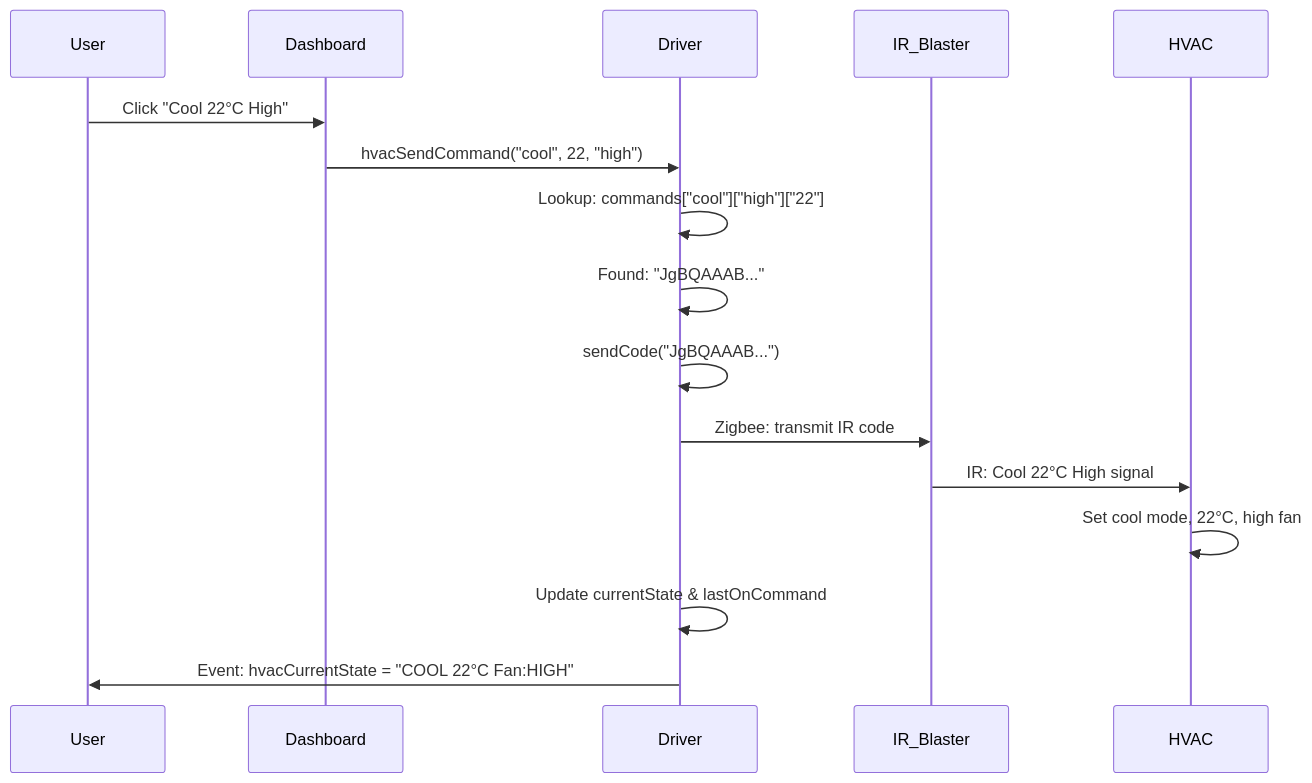
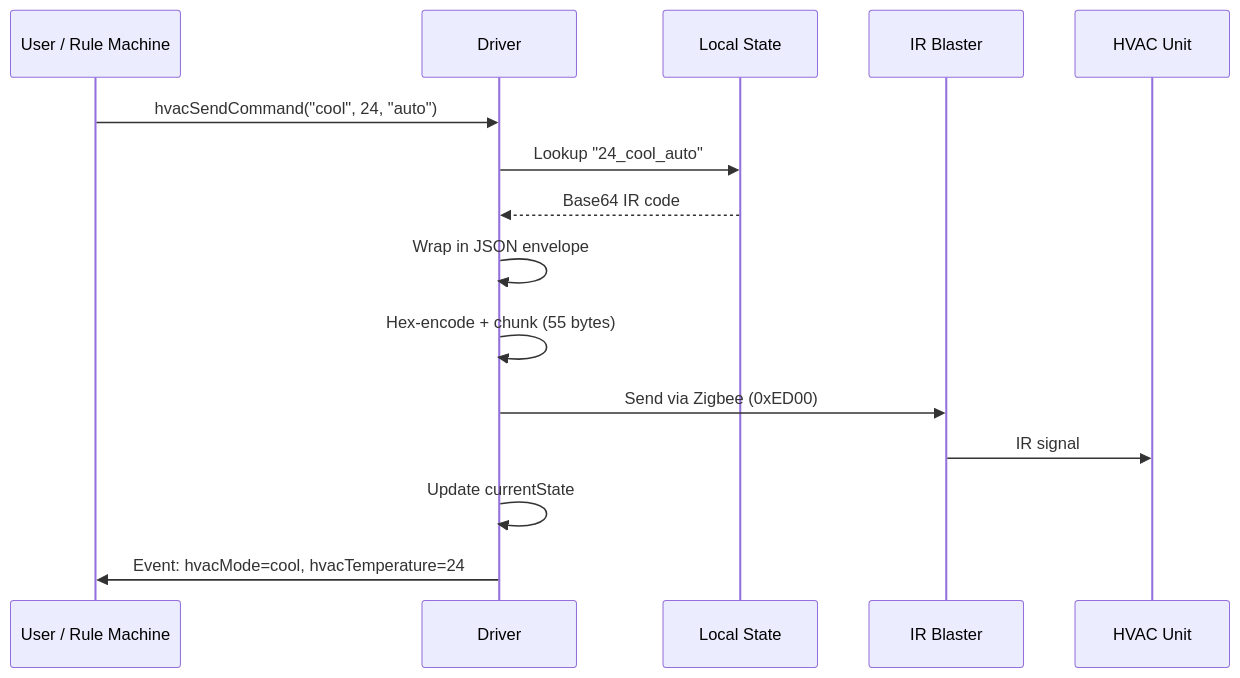
The seventh of 8 diagrams in ARCHITECTURE.md (lastmyle/hubitat-tuya-zigbee-ir), drawn with Mermaid before and after one commit. The commit also changed other lines of this file and 2 other files, not shown here.

First line of the commit message:
docs: rewrite README, ARCHITECTURE, and SECURITY documentation

````diff
--- a/ARCHITECTURE.md
+++ b/ARCHITECTURE.md
@@ -266,19 +210,18 @@
 ```mermaid
 sequenceDiagram
-    participant User
-    participant Dashboard
-    participant Driver
-    participant IR_Blaster
-    participant HVAC
+    participant U as User / Rule Machine
+    participant D as Driver
+    participant S as Local State
+    participant B as IR Blaster
+    participant H as HVAC Unit
 
-    User->>Dashboard: Click "Cool 22°C High"
-    Dashboard->>Driver: hvacSendCommand("cool", 22, "high")
-    Driver->>Driver: Lookup: commands["cool"]["high"]["22"]
-    Driver->>Driver: Found: "JgBQAAAB..."
-    Driver->>Driver: sendCode("JgBQAAAB...")
-    Driver->>IR_Blaster: Zigbee: transmit IR code
-    IR_Blaster->>HVAC: IR: Cool 22°C High signal
-    HVAC->>HVAC: Set cool mode, 22°C, high fan
-    Driver->>Driver: Update currentState & lastOnCommand
-    Driver->>User: Event: hvacCurrentState = "COOL 22°C Fan:HIGH"
+    U->>D: hvacSendCommand("cool", 24, "auto")
+    D->>S: Lookup "24_cool_auto"
+    S-->>D: Base64 IR code
+    D->>D: Wrap in JSON envelope
+    D->>D: Hex-encode + chunk (55 bytes)
+    D->>B: Send via Zigbee (0xED00)
+    B->>H: IR signal
+    D->>D: Update currentState
+    D->>U: Event: hvacMode=cool, hvacTemperature=24
 ```
````
